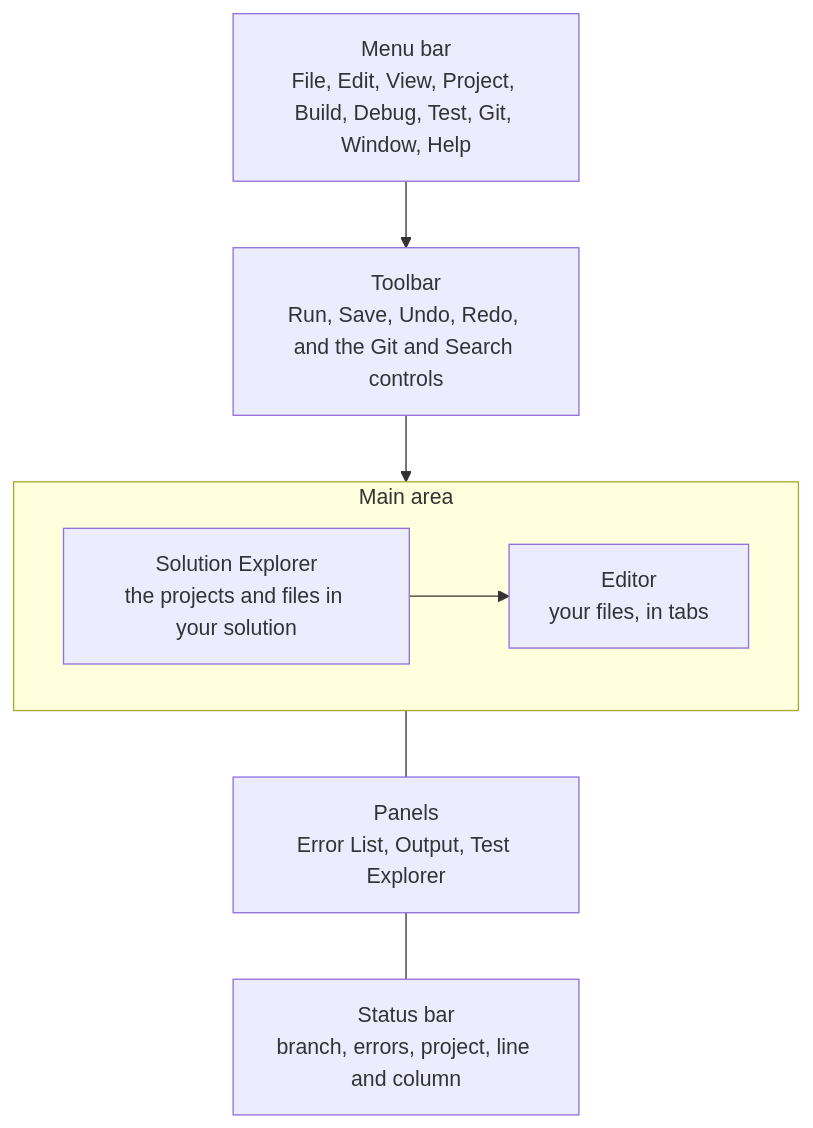
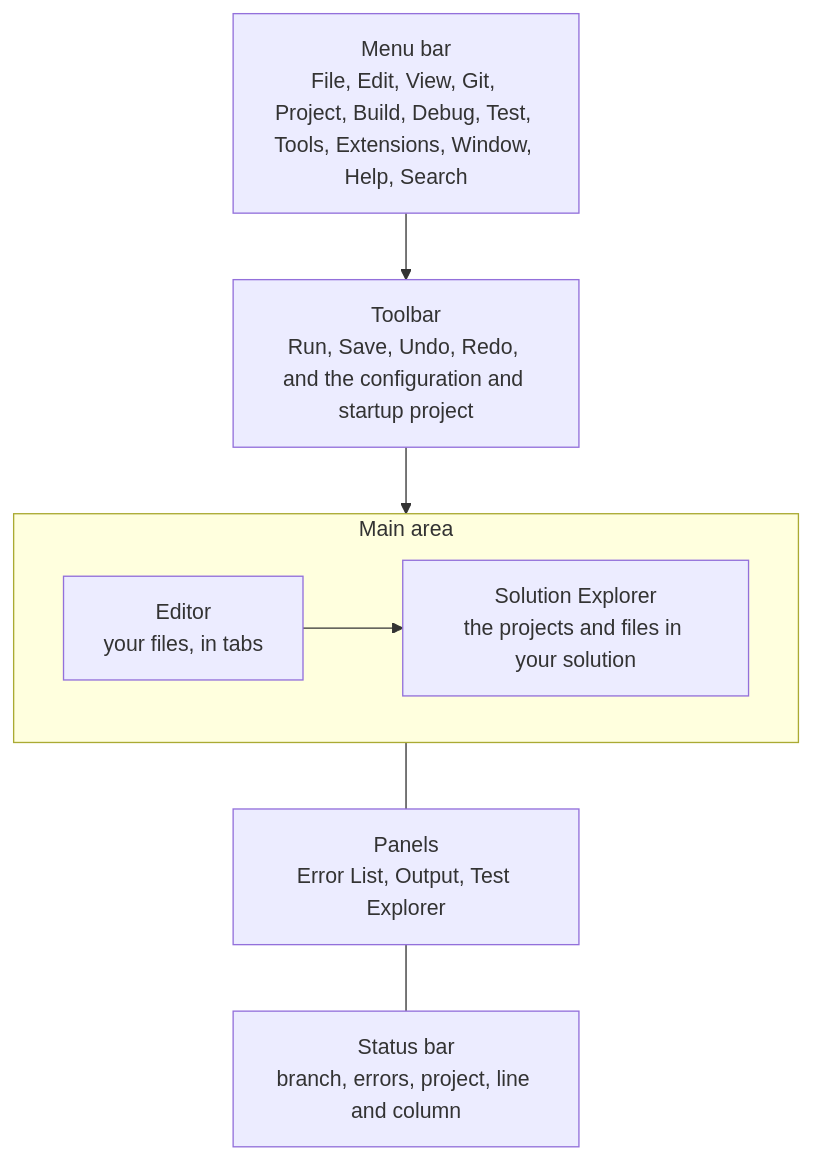
Before and after one commit to databankimx/training-visual-studio: the diagram in ch00-introduction/01-course-overview/lesson.md, drawn with Mermaid. The commit also changed other lines of this file, not shown here.

Commit message:
SWM - Fix ch 0 diagram

````diff
--- a/ch00-introduction/01-course-overview/lesson.md
+++ b/ch00-introduction/01-course-overview/lesson.md
@@ -40,15 +40,15 @@
 ```mermaid
 flowchart TB
-  MB["Menu bar<br/>File, Edit, View, Project, Build, Debug, Test, Git, Window, Help"]
-  TB["Toolbar<br/>Run, Save, Undo, Redo, and the Git and Search controls"]
+  MB["Menu bar<br/>File, Edit, View, Git, Project, Build, Debug, Test, Tools, Extensions, Window, Help, Search"]
+  TB["Toolbar<br/>Run, Save, Undo, Redo, and the configuration and startup project"]
   MB --> TB
-  TB --> SE
+  TB --> ED
   subgraph Body["Main area"]
     direction LR
+    ED["Editor<br/>your files, in tabs"]
     SE["Solution Explorer<br/>the projects and files in your solution"]
-    ED["Editor<br/>your files, in tabs"]
-    SE --> ED
+    ED --> SE
   end
   ED --- PN["Panels<br/>Error List, Output, Test Explorer"]
   PN --- ST["Status bar<br/>branch, errors, project, line and column"]
 ```
````
